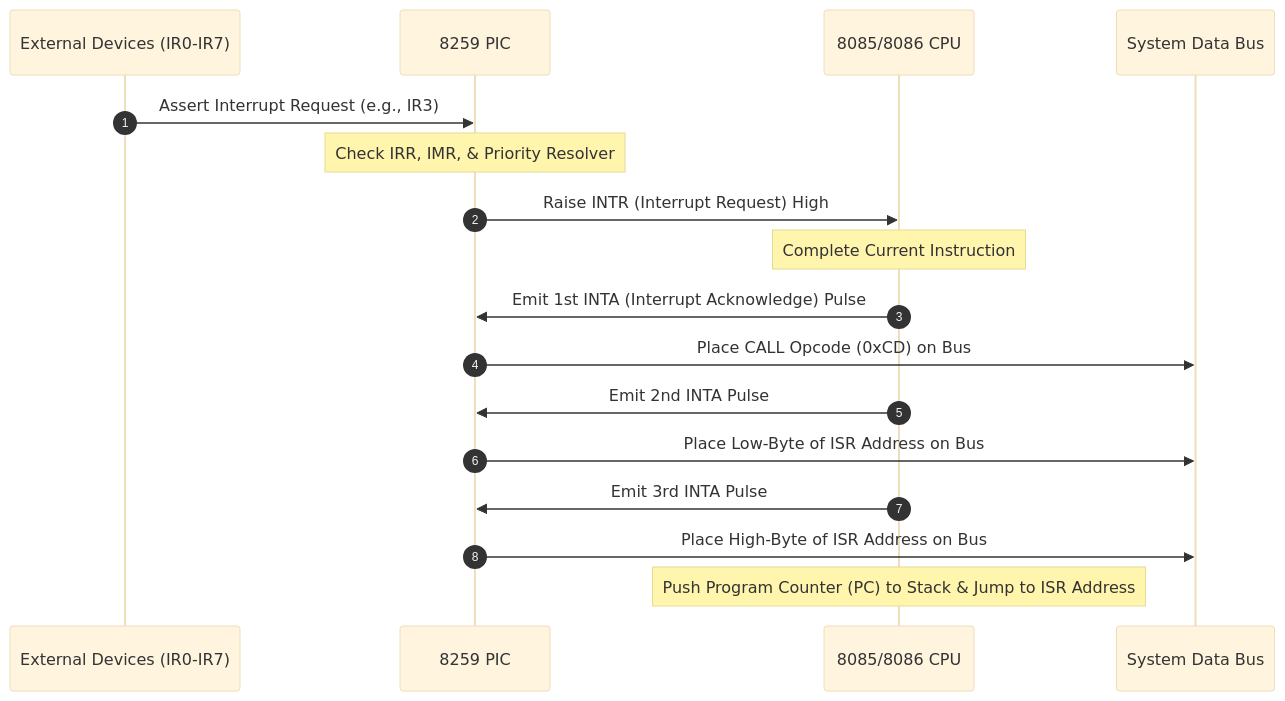
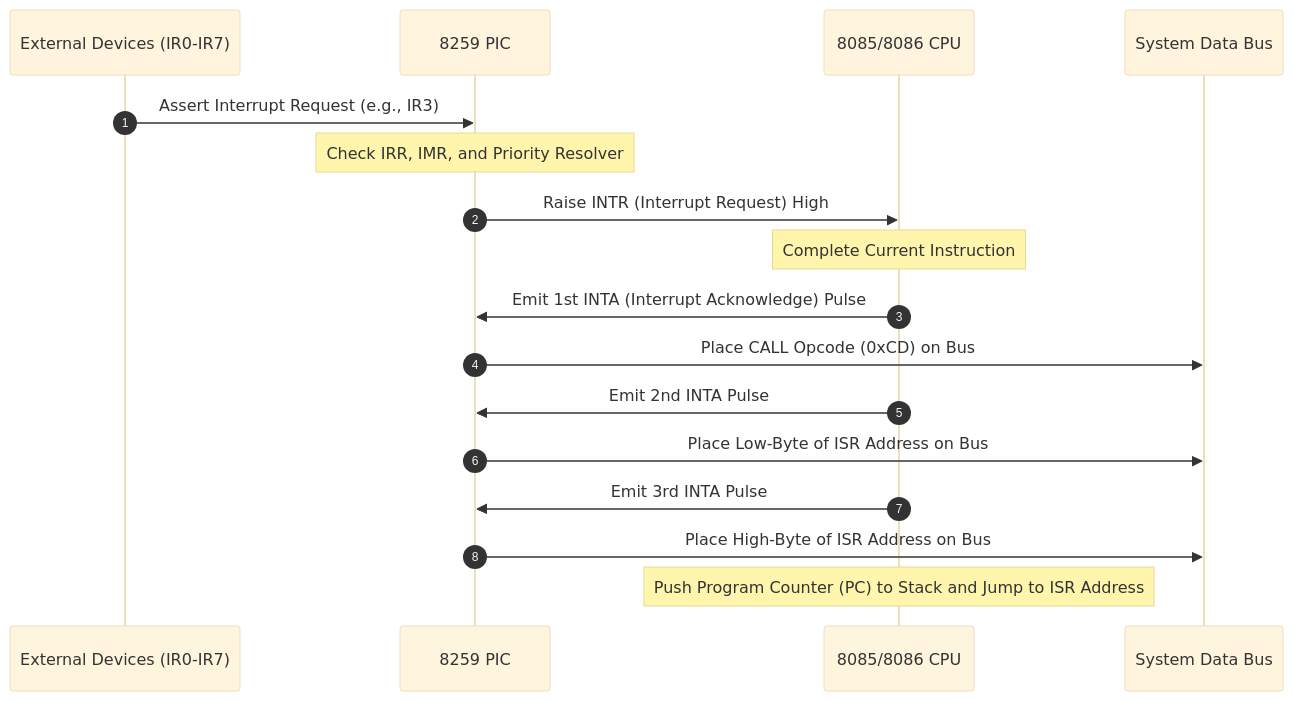
Before and after one commit to DeepLumiere/DeepSkills: the first of 6 diagrams in notes/hardware_and_microprocessors/Microprocessors_and_Interfacing_ClassTest.md, drawn with Mermaid (base theme). The commit also changed other lines of this file and 23 other files, not shown here.

First line of the commit message:
fix: sanitize all Mermaid 10.x diagrams and expand Microprocessors exam guide

````diff
--- a/notes/hardware_and_microprocessors/Microprocessors_and_Interfacing_ClassTest.md
+++ b/notes/hardware_and_microprocessors/Microprocessors_and_Interfacing_ClassTest.md
@@ -339,20 +339,20 @@
 ```mermaid
 sequenceDiagram
     autonumber
     participant Dev as External Devices (IR0-IR7)
     participant PIC as 8259 PIC
     participant CPU as 8085/8086 CPU
     participant Bus as System Data Bus
 
     Dev->>PIC: Assert Interrupt Request (e.g., IR3)
-    Note over PIC: Check IRR, IMR, & Priority Resolver
+    Note over PIC: Check IRR, IMR, and Priority Resolver
     PIC->>CPU: Raise INTR (Interrupt Request) High
     Note over CPU: Complete Current Instruction
     CPU->>PIC: Emit 1st INTA (Interrupt Acknowledge) Pulse
     PIC->>Bus: Place CALL Opcode (0xCD) on Bus
     CPU->>PIC: Emit 2nd INTA Pulse
     PIC->>Bus: Place Low-Byte of ISR Address on Bus
     CPU->>PIC: Emit 3rd INTA Pulse
     PIC->>Bus: Place High-Byte of ISR Address on Bus
-    Note over CPU: Push Program Counter (PC) to Stack & Jump to ISR Address
+    Note over CPU: Push Program Counter (PC) to Stack and Jump to ISR Address
 ```
````
